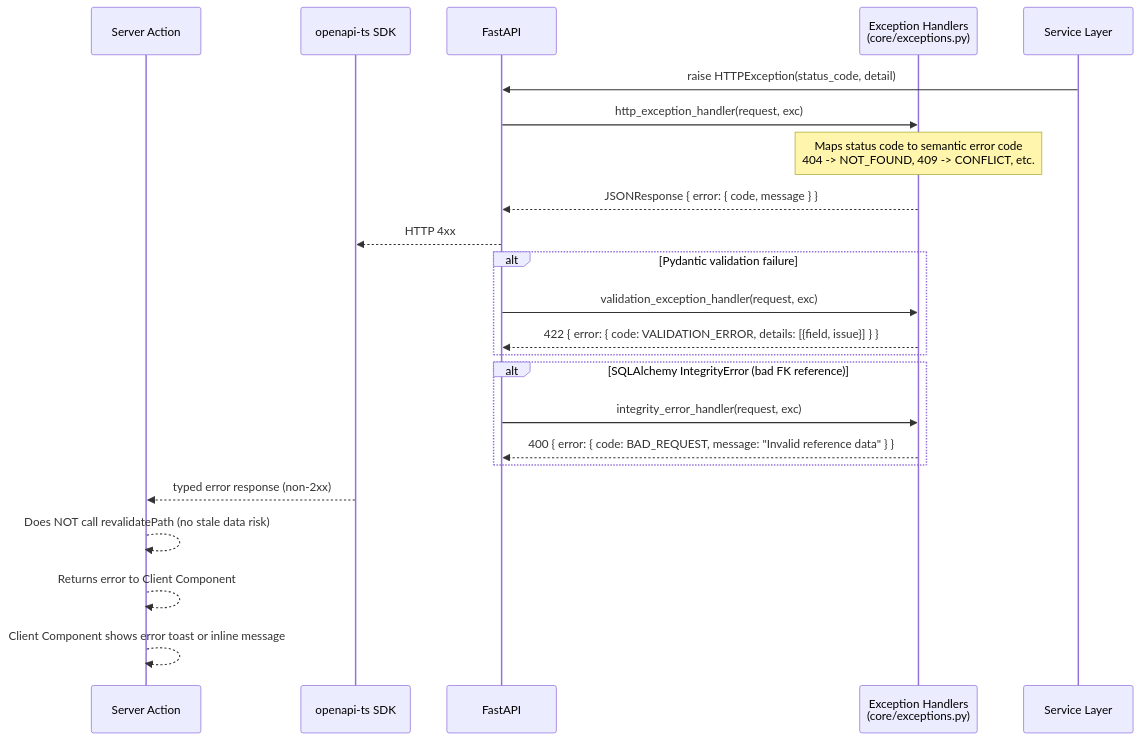
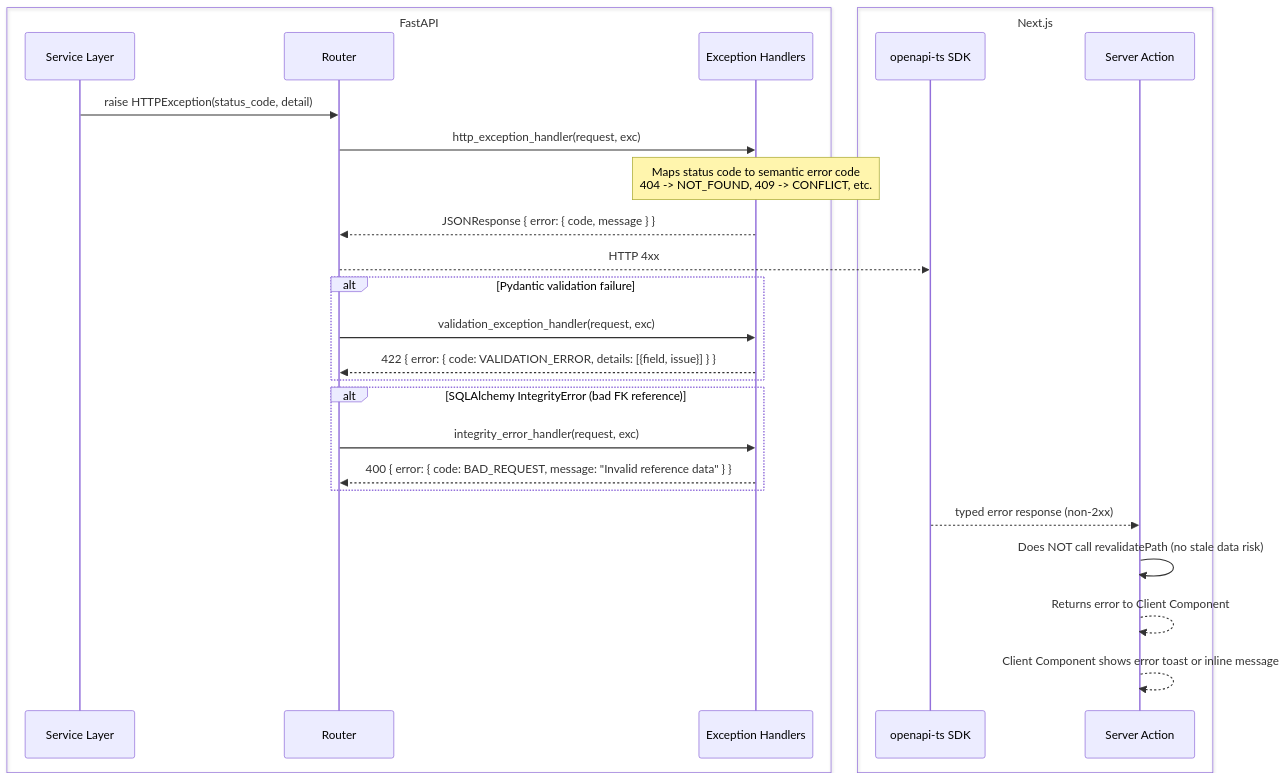
Before and after one commit to utsabbera/acme-salary-management: the seventh of 9 diagrams in docs/architecture.md, drawn with Mermaid. The commit also changed other lines of this file, not shown here.

First line of the commit message:
docs(architecture): refine sequence diagrams with box groupings and cleanup

````diff
--- a/docs/architecture.md
+++ b/docs/architecture.md
@@ -306,29 +337,33 @@
 ```mermaid
 sequenceDiagram
-    participant SA as Server Action
-    participant SDK as openapi-ts SDK
-    participant API as FastAPI
-    participant EH as Exception Handlers<br/>(core/exceptions.py)
-    participant Svc as Service Layer
+    box FastAPI
+        participant Svc as Service Layer
+        participant API as Router
+        participant EH as Exception Handlers
+    end
+    box Next.js
+        participant SDK as openapi-ts SDK
+        participant SA as Server Action
+    end
 
     Svc->>API: raise HTTPException(status_code, detail)
     API->>EH: http_exception_handler(request, exc)
     Note over EH: Maps status code to semantic error code<br/>404 -> NOT_FOUND, 409 -> CONFLICT, etc.
     EH-->>API: JSONResponse { error: { code, message } }
     API-->>SDK: HTTP 4xx
 
     alt Pydantic validation failure
         API->>EH: validation_exception_handler(request, exc)
         EH-->>API: 422 { error: { code: VALIDATION_ERROR, details: [{field, issue}] } }
     end
 
     alt SQLAlchemy IntegrityError (bad FK reference)
         API->>EH: integrity_error_handler(request, exc)
         EH-->>API: 400 { error: { code: BAD_REQUEST, message: "Invalid reference data" } }
     end
 
     SDK-->>SA: typed error response (non-2xx)
-    SA-->>SA: Does NOT call revalidatePath (no stale data risk)
+    SA->>SA: Does NOT call revalidatePath (no stale data risk)
     SA-->>SA: Returns error to Client Component
     SA-->>SA: Client Component shows error toast or inline message
 ```
````
